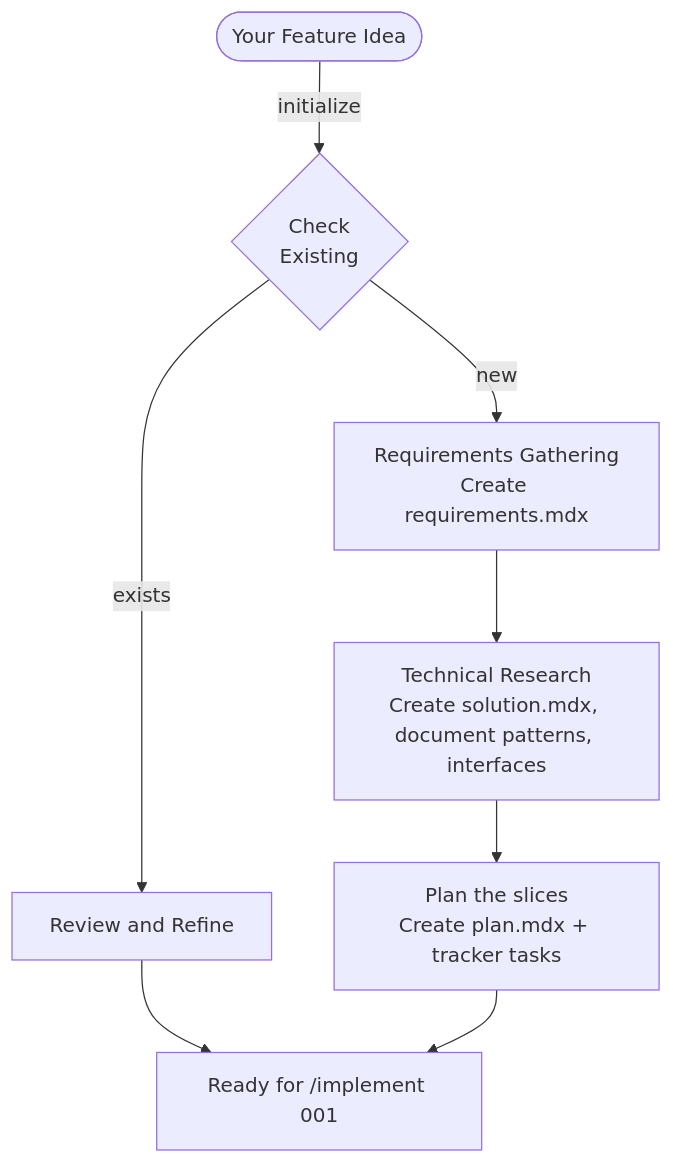
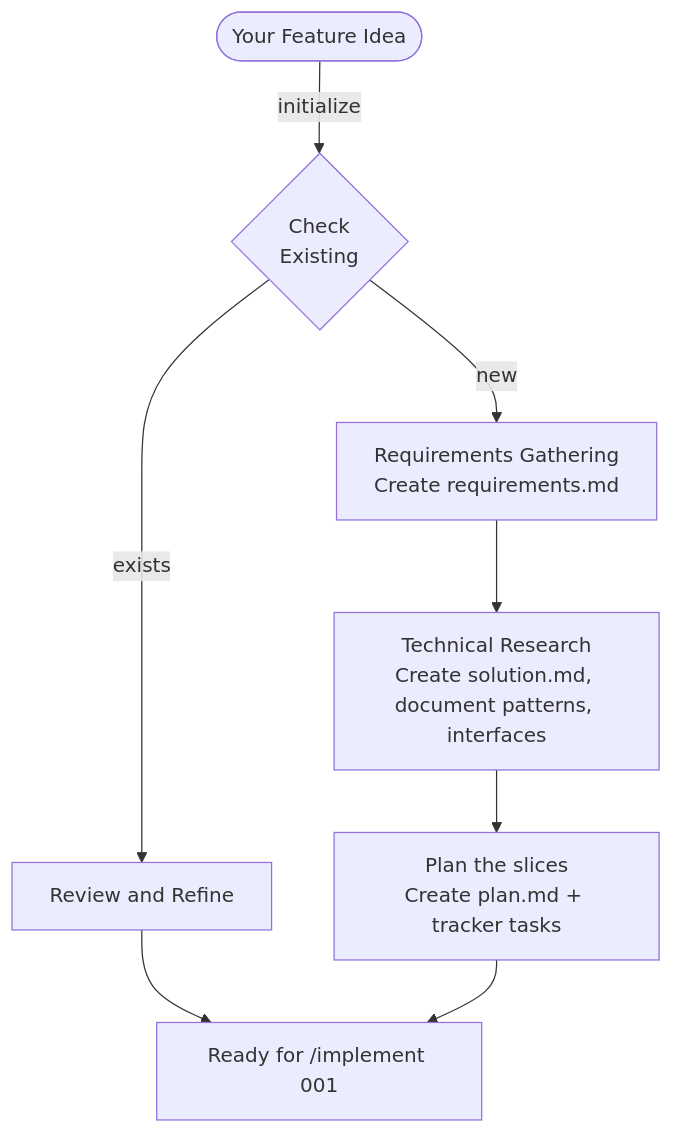
Before and after one commit to rsmdt/the-startup: the first of 10 diagrams in plugins/start/README.md, drawn with Mermaid. The commit also changed other lines of this file and 2 other files, not shown here.

````diff
--- a/plugins/start/README.md
+++ b/plugins/start/README.md
@@ -69,10 +69,10 @@
 ```mermaid
 flowchart TD
     A([Your Feature Idea]) --> |initialize| B{Check<br>Existing}
     B --> |exists| C[Review and Refine]
     C --> END[Ready for /implement 001]
-    B --> |new| D[Requirements Gathering<br/>Create requirements.mdx]
-    D --> E[Technical Research<br/>Create solution.mdx, document patterns, interfaces]
-    E --> F[Plan the slices<br/>Create plan.mdx + tracker tasks]
+    B --> |new| D[Requirements Gathering<br/>Create requirements.md]
+    D --> E[Technical Research<br/>Create solution.md, document patterns, interfaces]
+    E --> F[Plan the slices<br/>Create plan.md + tracker tasks]
     F --> END
 ```
````
